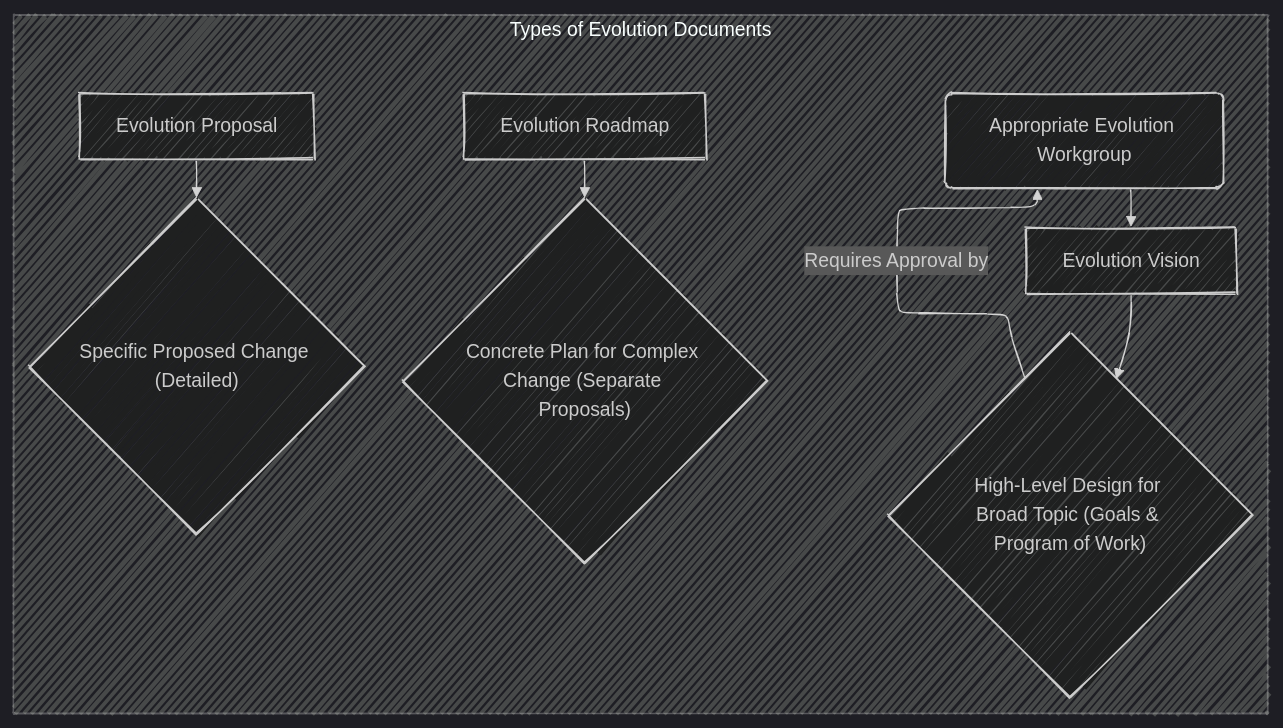
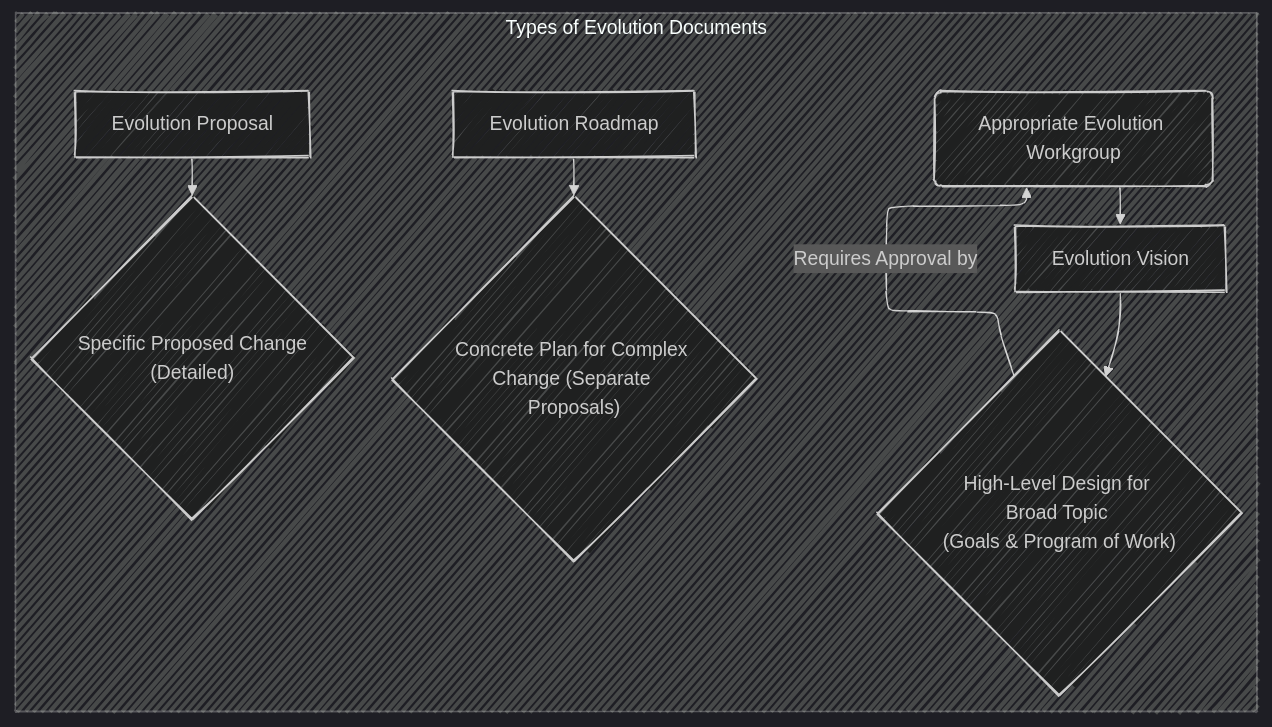
Before and after one commit to CongLeSolutionX/iOS-development-vault: the eighth of 9 diagrams in Swift_Language/Swift Evolution Process.md, drawn with Mermaid. The commit also changed other lines of this file, not shown here.

````diff
--- a/Swift_Language/Swift Evolution Process.md
+++ b/Swift_Language/Swift Evolution Process.md
@@ -215,18 +205,18 @@
 ```mermaid
 ---
 config:
   layout: elk
   look: handDrawn
   theme: dark
 ---
 graph TD
-    subgraph Types of Evolution Documents
+    subgraph Types_of_Evolution_Documents["Types of Evolution Documents"]
         direction TB
-        A[Evolution Proposal] --> B{"Specific Proposed Change (Detailed)"};
+        A[Evolution Proposal] --> B{"Specific Proposed Change <br> (Detailed)"};
         C[Evolution Roadmap] --> D{"Concrete Plan for Complex Change (Separate Proposals)"};
-        E[Evolution Vision] --> F{"High-Level Design for Broad Topic (Goals & Program of Work)"};
+        E[Evolution Vision] --> F{"High-Level Design for Broad Topic <br>(Goals & Program of Work)"};
         F -- Requires Approval by --> G(Appropriate Evolution Workgroup);
         G --> E;
     end
     
 ```
````
